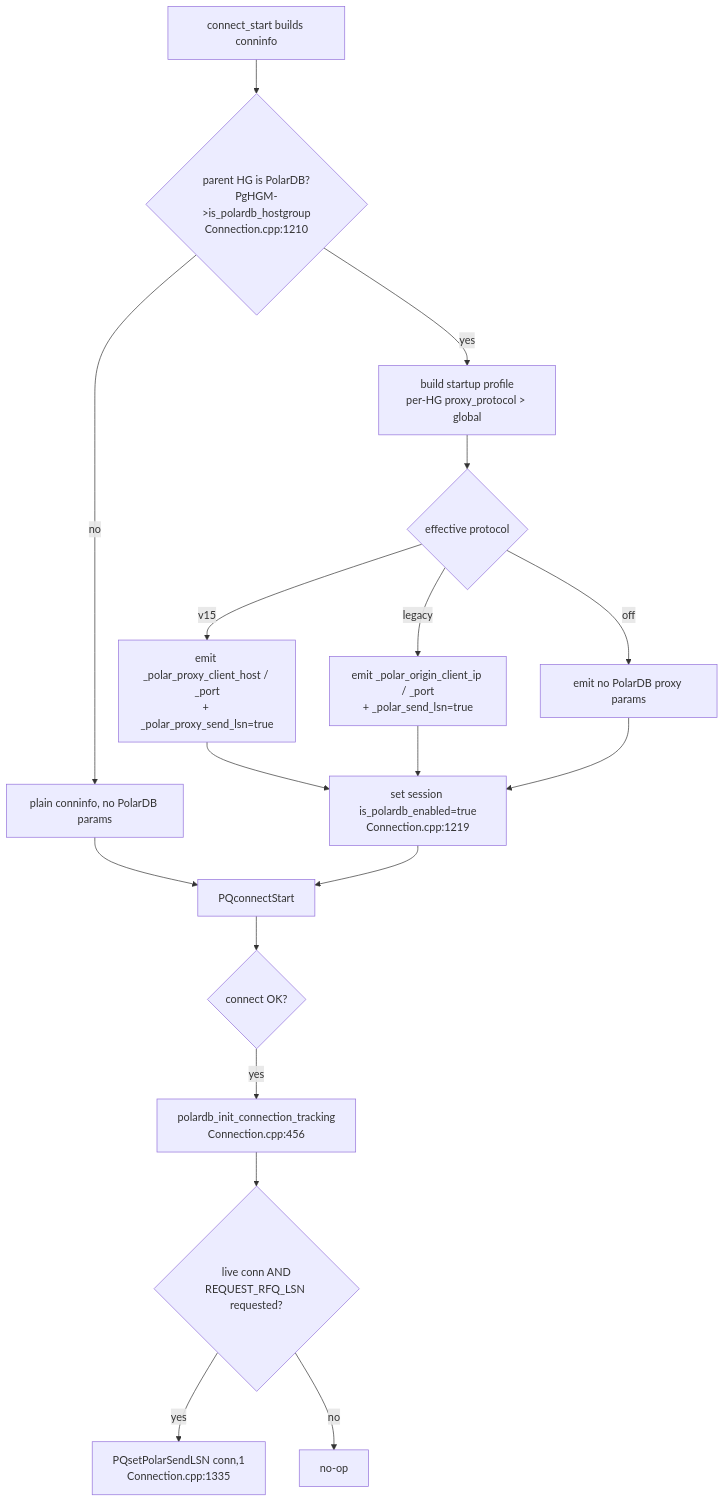
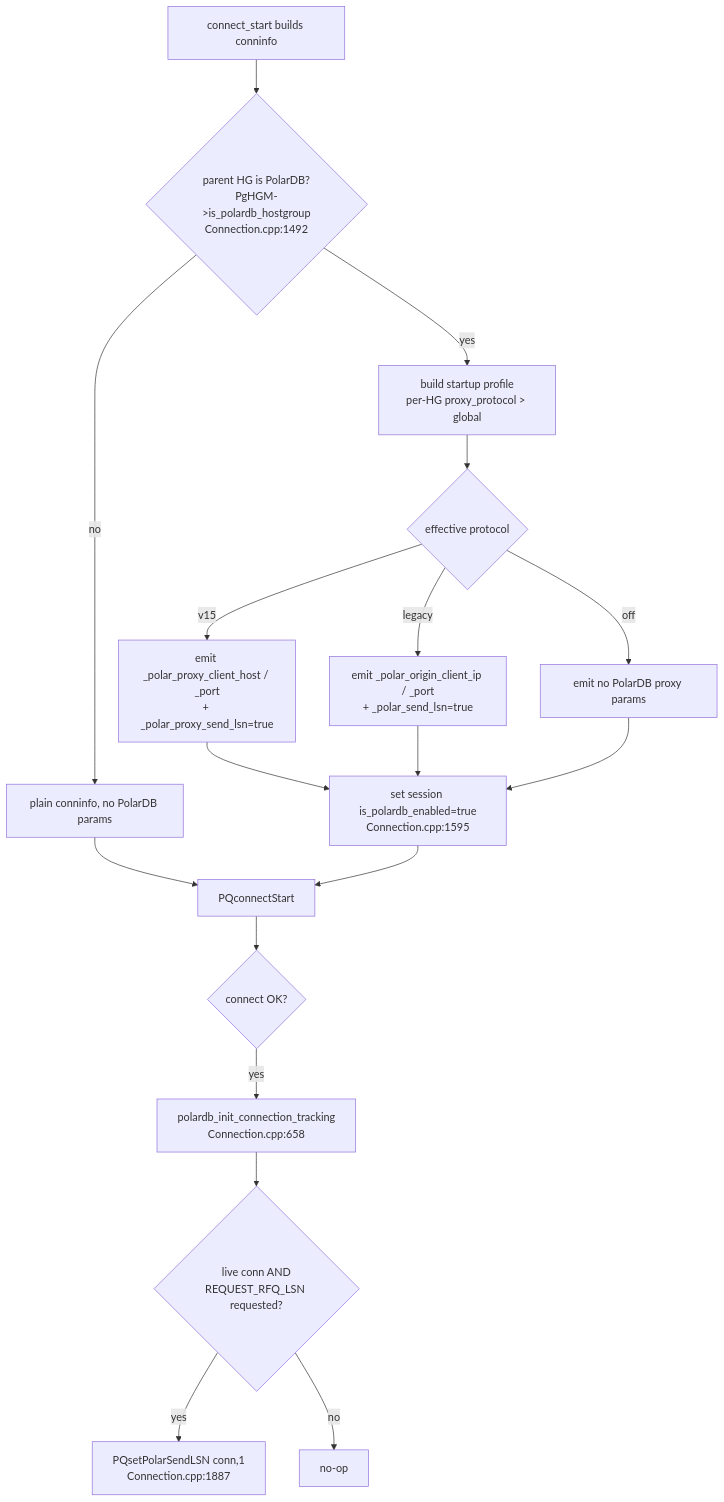
One commit to awide-labs/polar-proxy changed the first of 4 diagrams in doc/polardb-arch/11-CONNECTION-AND-LIBPQ.md. Above: the diagram before and after it, drawn with Mermaid. The commit also changed other lines of this file and 21 other files, not shown here.

````diff
--- a/doc/polardb-arch/11-CONNECTION-AND-LIBPQ.md
+++ b/doc/polardb-arch/11-CONNECTION-AND-LIBPQ.md
@@ -487,20 +492,20 @@
 ```mermaid
 flowchart TD
-  A[connect_start builds conninfo] --> B{parent HG is PolarDB?<br/>PgHGM->is_polardb_hostgroup<br/>Connection.cpp:1210}
+  A[connect_start builds conninfo] --> B{parent HG is PolarDB?<br/>PgHGM->is_polardb_hostgroup<br/>Connection.cpp:1492}
   B -- no --> C[plain conninfo, no PolarDB params]
   B -- yes --> D[build startup profile<br/>per-HG proxy_protocol > global]
   D --> E{effective protocol}
   E -- v15 --> F["emit _polar_proxy_client_host / _port<br/>+ _polar_proxy_send_lsn=true"]
   E -- legacy --> G["emit _polar_origin_client_ip / _port<br/>+ _polar_send_lsn=true"]
   E -- off --> X["emit no PolarDB proxy params"]
-  F --> SE[set session is_polardb_enabled=true<br/>Connection.cpp:1219]
+  F --> SE[set session is_polardb_enabled=true<br/>Connection.cpp:1595]
   G --> SE
   X --> SE
   C --> PQ[PQconnectStart]
   SE --> PQ
   PQ --> I{connect OK?}
-  I -- yes --> J[polardb_init_connection_tracking<br/>Connection.cpp:456]
+  I -- yes --> J[polardb_init_connection_tracking<br/>Connection.cpp:658]
   J --> K{live conn AND<br/>REQUEST_RFQ_LSN requested?}
-  K -- yes --> L[PQsetPolarSendLSN conn,1<br/>Connection.cpp:1335]
+  K -- yes --> L[PQsetPolarSendLSN conn,1<br/>Connection.cpp:1887]
   K -- no --> M[no-op]
 ```
````
